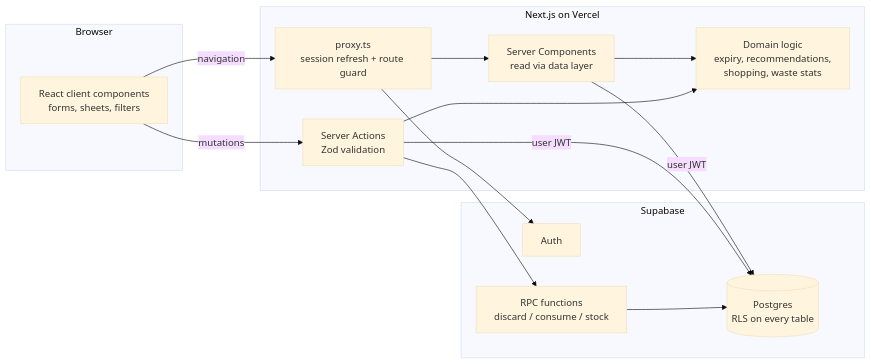
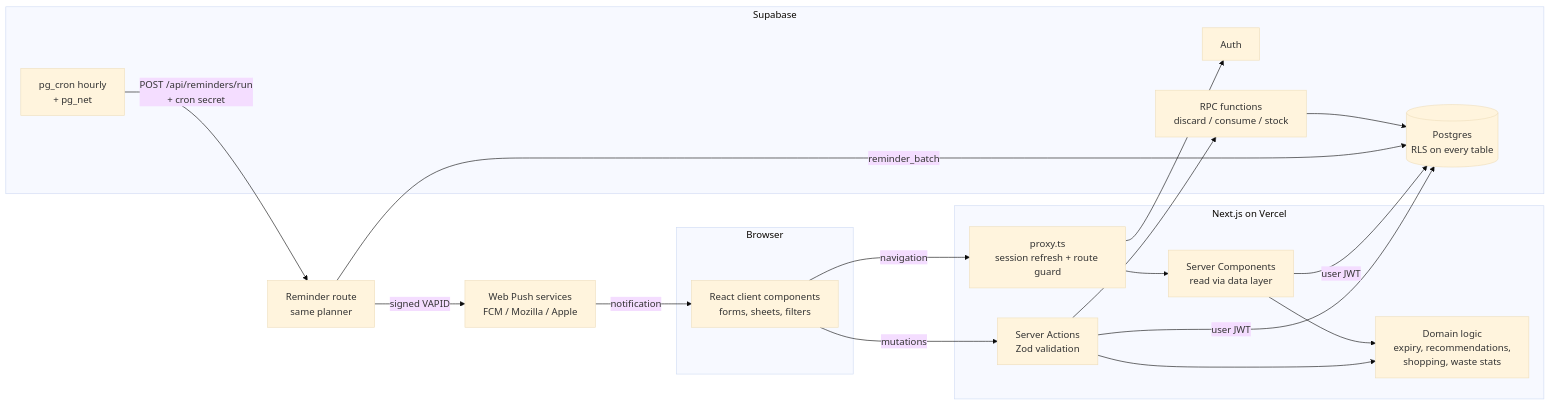
The diagram in README.md (Azoronty/Savora), drawn with Mermaid (base theme) before and after one commit. The commit also changed other lines of this file and 33 other files, not shown here.

First line of the commit message:
Rescue plan, push reminders and one-sentence quick add

````diff
--- a/README.md
+++ b/README.md
@@ -39,25 +41,30 @@
 ```mermaid
 flowchart LR
   subgraph Browser
     UI[React client components<br/>forms, sheets, filters]
   end
   subgraph Vercel["Next.js on Vercel"]
     P[proxy.ts<br/>session refresh + route guard]
     RSC[Server Components<br/>read via data layer]
     SA[Server Actions<br/>Zod validation]
     DOM[Domain logic<br/>expiry, recommendations,<br/>shopping, waste stats]
   end
   subgraph Supabase
     AUTH[Auth]
     PG[(Postgres<br/>RLS on every table)]
     RPC[RPC functions<br/>discard / consume / stock]
+    CRON[pg_cron hourly<br/>+ pg_net]
   end
+  PUSH[Web Push services<br/>FCM / Mozilla / Apple]
   UI -->|navigation| P --> RSC
   UI -->|mutations| SA
   RSC --> DOM
   SA --> DOM
   RSC -->|user JWT| PG
   SA -->|user JWT| PG
   SA --> RPC --> PG
   P --> AUTH
+  CRON -->|POST /api/reminders/run<br/>+ cron secret| R[Reminder route<br/>same planner]
+  R -->|reminder_batch| PG
+  R -->|signed VAPID| PUSH -->|notification| UI
 ```
````
